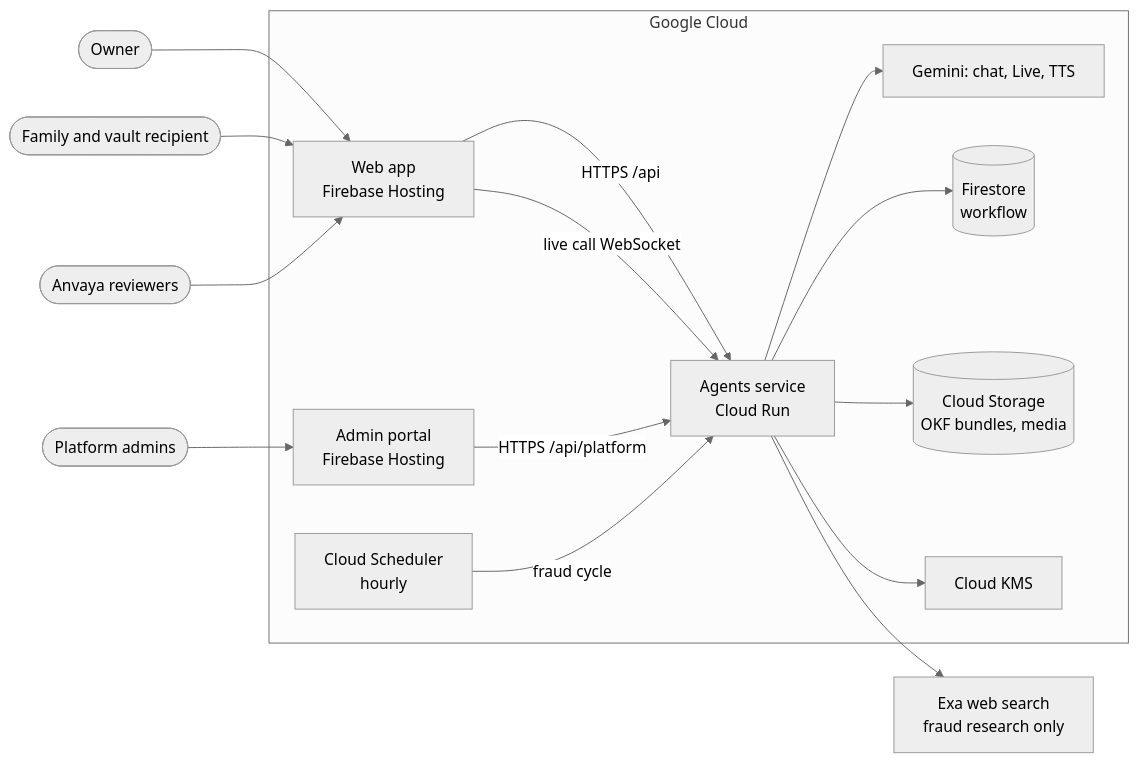
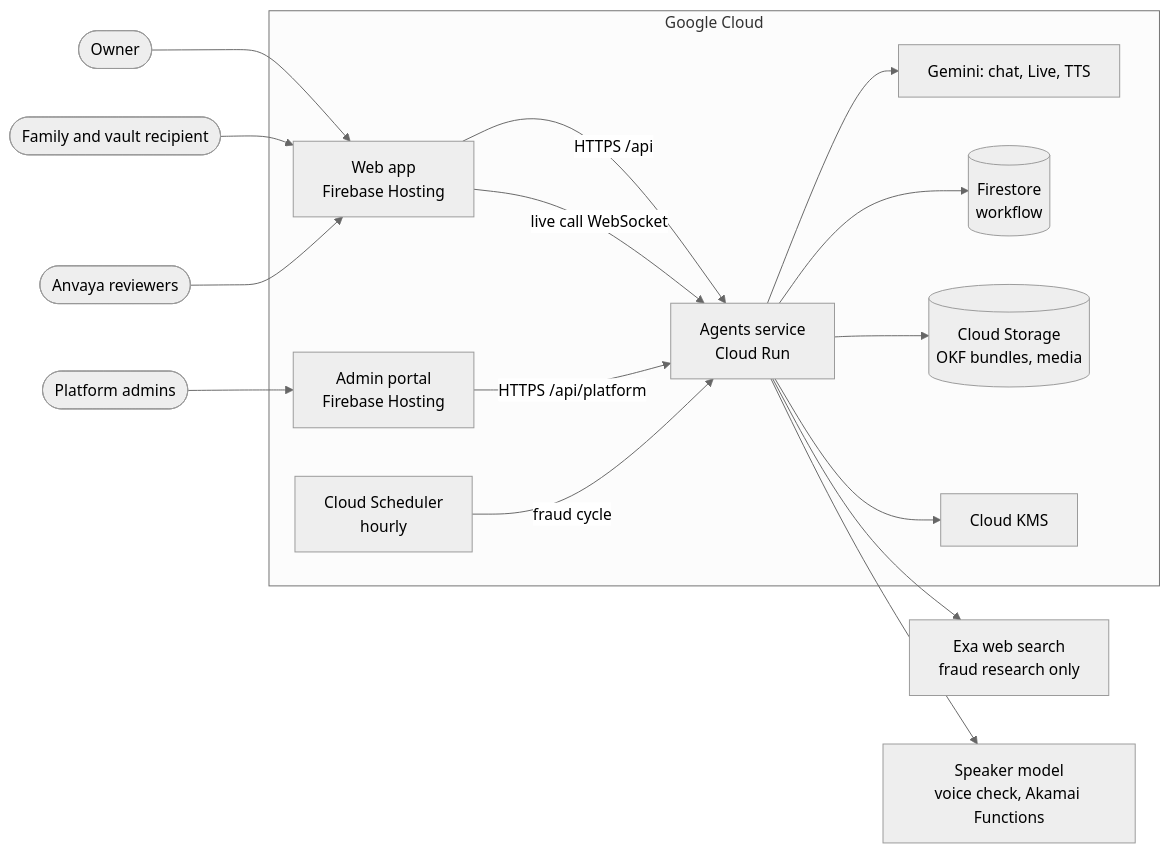
One commit to sachiachar/anvaya changed the first of 4 diagrams in docs/architecture.md. Above: the diagram before and after it, drawn with Mermaid (neutral theme). The commit also changed other lines of this file and 7 other files, not shown here.

````diff
--- a/docs/architecture.md
+++ b/docs/architecture.md
@@ -22,18 +22,19 @@
 ```mermaid
 flowchart LR
     owner(["Owner"]) --> app
     family(["Family and vault recipient"]) --> app
     team(["Anvaya reviewers"]) --> app
     admin(["Platform admins"]) --> portal
     subgraph gcp ["Google Cloud"]
         app["Web app<br/>Firebase Hosting"] -->|"HTTPS /api"| api["Agents service<br/>Cloud Run"]
         app -->|"live call WebSocket"| api
         portal["Admin portal<br/>Firebase Hosting"] -->|"HTTPS /api/platform"| api
         sched["Cloud Scheduler<br/>hourly"] -->|"fraud cycle"| api
         api --> gemini["Gemini: chat, Live, TTS"]
         api --> fs[("Firestore<br/>workflow")]
         api --> gcs[("Cloud Storage<br/>OKF bundles, media")]
         api --> kms["Cloud KMS"]
     end
     api --> exa["Exa web search<br/>fraud research only"]
+    api --> voice["Speaker model<br/>voice check, Akamai Functions"]
 ```
````
